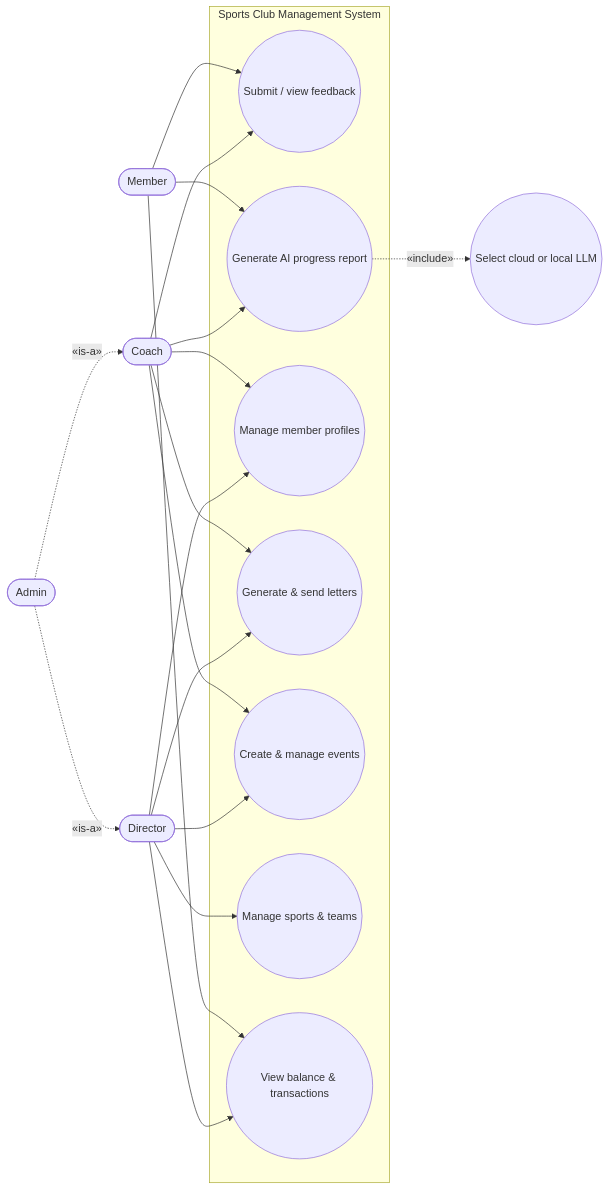
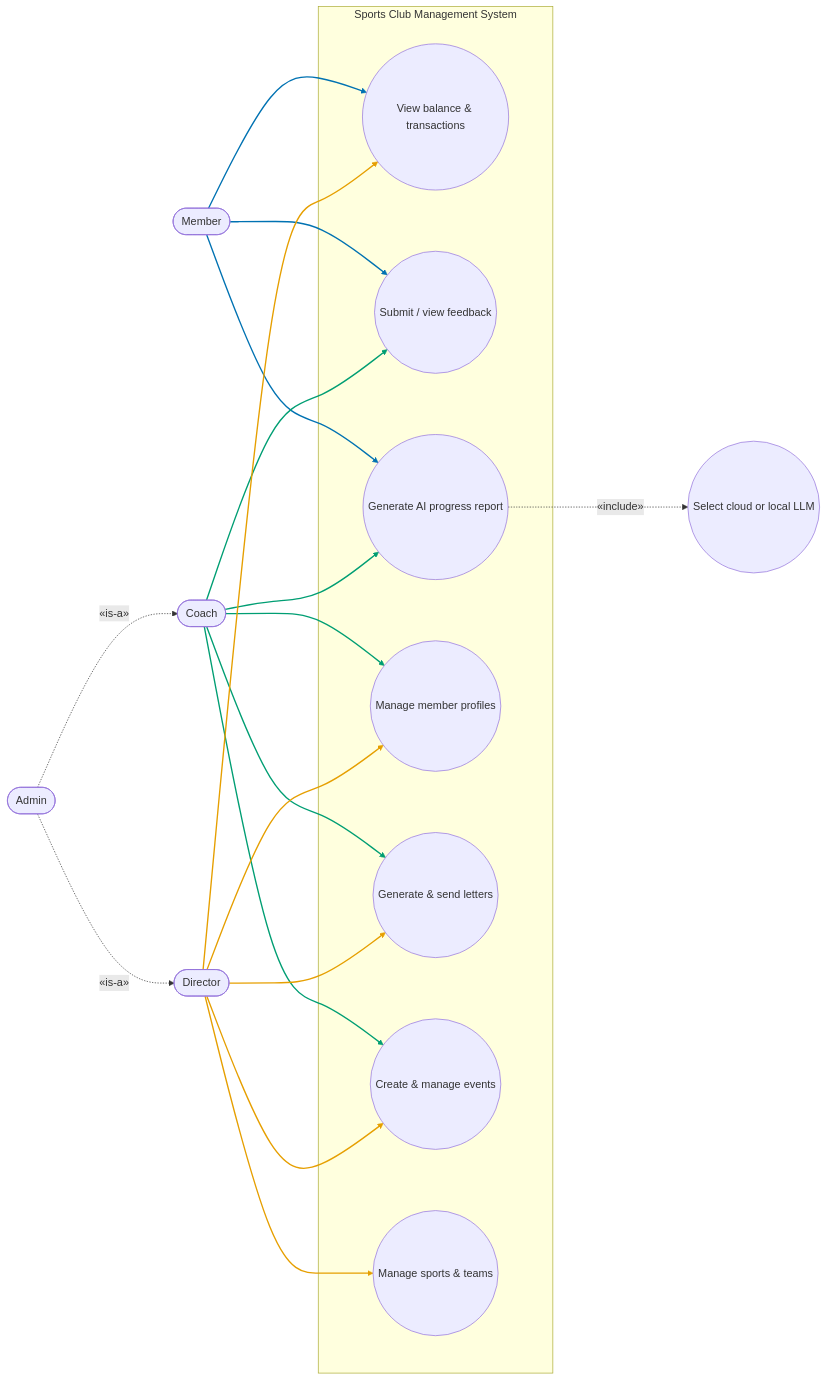
Before and after one commit to AET-DevOps26/team-devoops: the diagram in docs/diagrams/use-case.mmd, drawn with Mermaid. The commit also changed 4 other files, not shown here.

Commit message:
fix: address review feedback on AOM and use-case diagrams

```diff
--- a/docs/diagrams/use-case.mmd
+++ b/docs/diagrams/use-case.mmd
@@ -1,25 +1,30 @@
+%%{init: {'flowchart': {'nodeSpacing': 90, 'rankSpacing': 130}}}%%
 flowchart LR
     Member(["Member"])
     Coach(["Coach"])
     Director(["Director"])
     Admin(["Admin"])
 
     subgraph System["Sports Club Management System"]
+        UC6(("View balance & transactions"))
         UC5(("Submit / view feedback"))
         UC7(("Generate AI progress report"))
         UC8(("Manage member profiles"))
         UC9(("Generate & send letters"))
         UC10(("Create & manage events"))
         UC11(("Manage sports & teams"))
-        UC6(("View balance & transactions"))
     end
     UC7a(("Select cloud or local LLM"))
 
-    Member --> UC5 & UC7 & UC6
+    Member --> UC6 & UC5 & UC7
     Coach --> UC5 & UC7 & UC8 & UC9 & UC10
     Director --> UC8 & UC9 & UC10 & UC11 & UC6
 
     Admin -.->|"«is-a»"| Coach
     Admin -.->|"«is-a»"| Director
 
     UC7 -.->|"«include»"| UC7a
+
+    linkStyle 0,1,2 stroke:#0072B2,stroke-width:2px
+    linkStyle 3,4,5,6,7 stroke:#009E73,stroke-width:2px
+    linkStyle 8,9,10,11,12 stroke:#E69F00,stroke-width:2px
```
